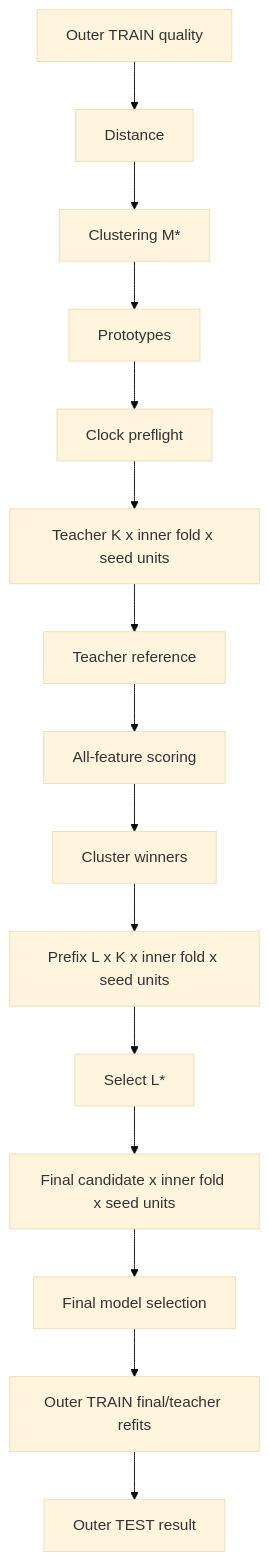
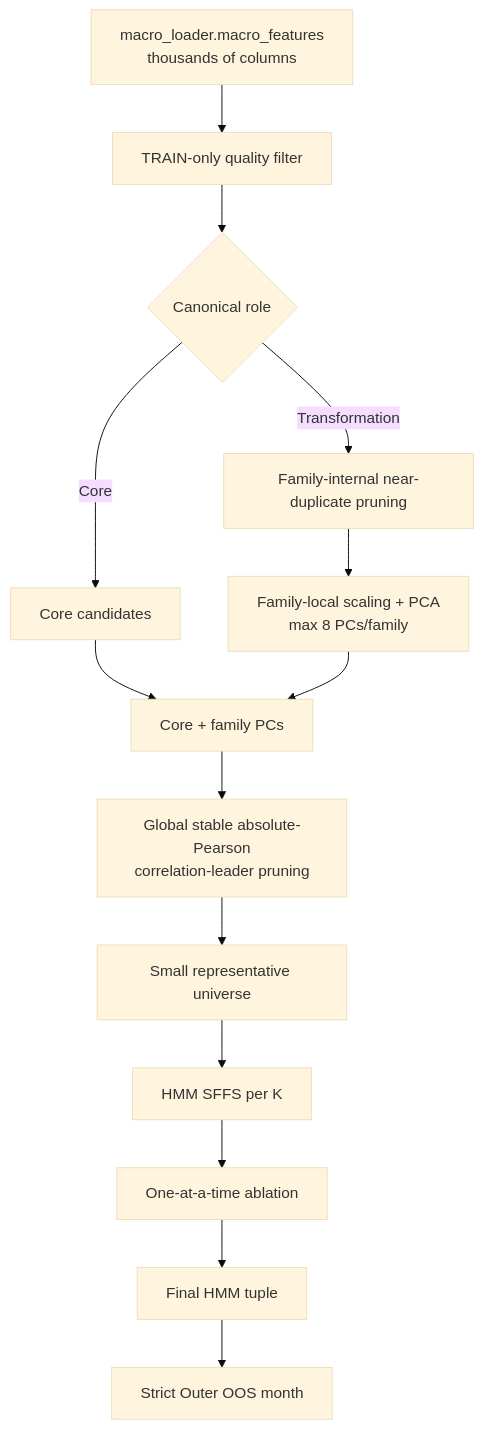
The first of 3 diagrams in BACKLOG.md (SergejSchweizer/regime-engine), drawn with Mermaid (base theme) before and after one commit. The commit also changed other lines of this file, not shown here.

````diff
--- a/BACKLOG.md
+++ b/BACKLOG.md
@@ -2673,17 +300,16 @@
-```mermaid
+~~~mermaid
 flowchart TD
-    A[Outer TRAIN quality] --> B[Distance]
-    B --> C[Clustering M*]
-    C --> D[Prototypes]
-    D --> E[Clock preflight]
-    E --> F[Teacher K x inner fold x seed units]
-    F --> G[Teacher reference]
-    G --> H[All-feature scoring]
-    H --> I[Cluster winners]
-    I --> J[Prefix L x K x inner fold x seed units]
-    J --> K[Select L*]
-    K --> L[Final candidate x inner fold x seed units]
-    L --> M[Final model selection]
-    M --> N[Outer TRAIN final/teacher refits]
-    N --> O[Outer TEST result]
-```
+    A[macro_loader.macro_features<br/>thousands of columns] --> B[TRAIN-only quality filter]
+    B --> C{Canonical role}
+    C -->|Core| D[Core candidates]
+    C -->|Transformation| E[Family-internal near-duplicate pruning]
+    E --> F[Family-local scaling + PCA<br/>max 8 PCs/family]
+    D --> G[Core + family PCs]
+    F --> G
+    G --> H[Global stable absolute-Pearson<br/>correlation-leader pruning]
+    H --> I[Small representative universe]
+    I --> J[HMM SFFS per K]
+    J --> K[One-at-a-time ablation]
+    K --> L[Final HMM tuple]
+    L --> M[Strict Outer OOS month]
+~~~
````
